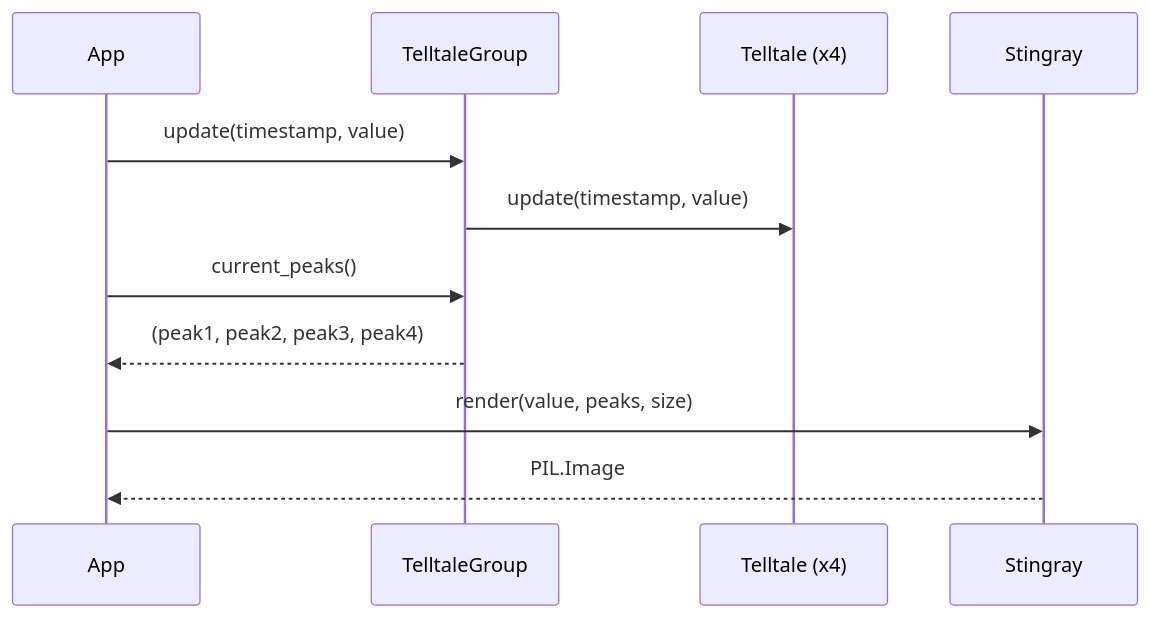
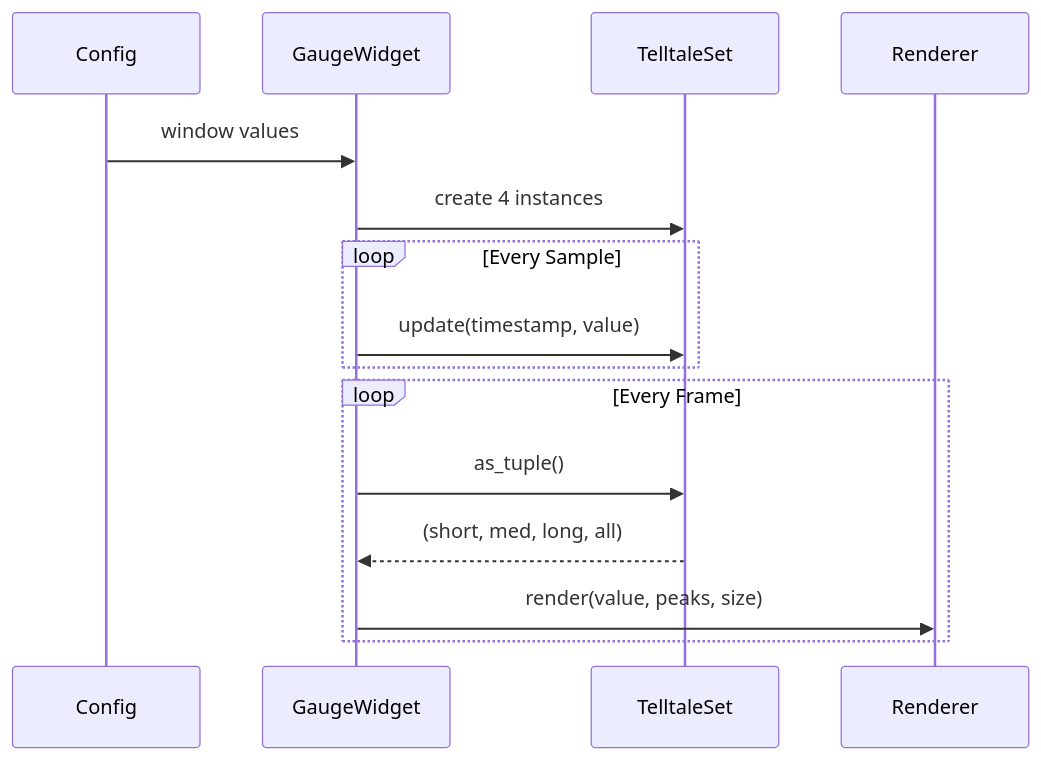
One commit to martymcenroe/boostgauge changed the diagram in docs/lld/active/LLD-002.md. Above: the diagram before and after it, drawn with Mermaid. The commit also changed other lines of this file, not shown here.

````diff
--- a/docs/lld/active/LLD-002.md
+++ b/docs/lld/active/LLD-002.md
@@ -185,14 +217,20 @@
 ```mermaid
 sequenceDiagram
-    participant App
-    participant TelltaleGroup
-    participant Telltale (x4)
-    participant Stingray
+    participant Config
+    participant GaugeWidget
+    participant TelltaleSet
+    participant Renderer
 
-    App->>TelltaleGroup: update(timestamp, value)
-    TelltaleGroup->>Telltale (x4): update(timestamp, value)
-    App->>TelltaleGroup: current_peaks()
-    TelltaleGroup-->>App: (peak1, peak2, peak3, peak4)
-    App->>Stingray: render(value, peaks, size)
-    Stingray-->>App: PIL.Image
+    Config->>GaugeWidget: window values
+    GaugeWidget->>TelltaleSet: create 4 instances
+
+    loop Every Sample
+        GaugeWidget->>TelltaleSet: update(timestamp, value)
+    end
+
+    loop Every Frame
+        GaugeWidget->>TelltaleSet: as_tuple()
+        TelltaleSet-->>GaugeWidget: (short, med, long, all)
+        GaugeWidget->>Renderer: render(value, peaks, size)
+    end
 ```
````
